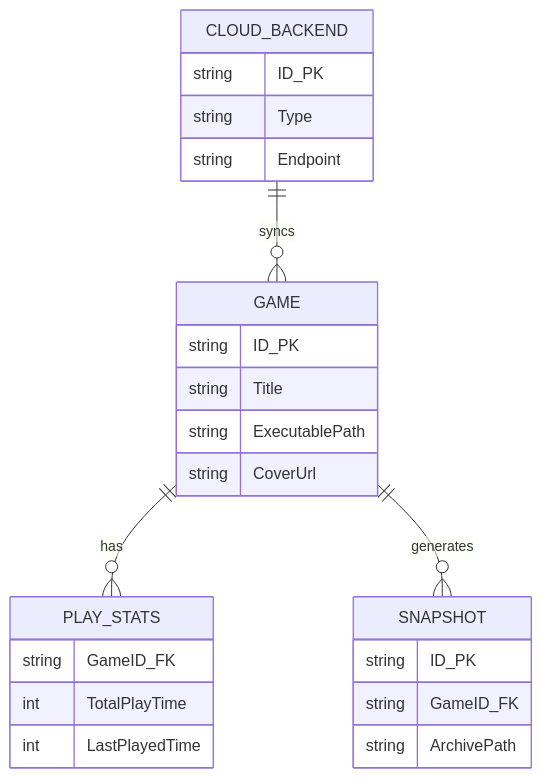
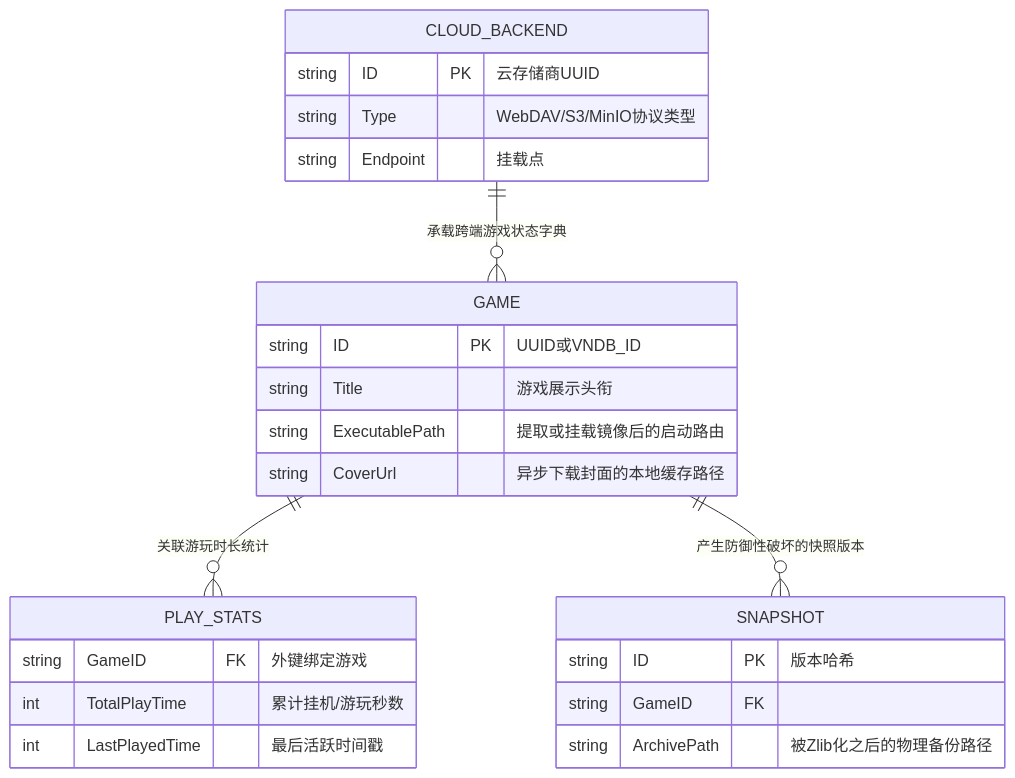
The fifth of 5 diagrams in thesis/chapter4/system_design.md (Roxy-DD/galremote), drawn with Mermaid before and after one commit. The commit also changed other lines of this file and 1 other file, not shown here.

Commit message:
docs(thesis): upgrade mermaid syntax for Chapter 4 and enhance Chapter 5 academic formatting

````diff
--- a/thesis/chapter4/system_design.md
+++ b/thesis/chapter4/system_design.md
@@ -165,28 +165,28 @@
 ```mermaid
 erDiagram
     GAME {
-        string ID_PK
-        string Title
-        string ExecutablePath
-        string CoverUrl
+        string ID PK "UUID或VNDB_ID"
+        string Title "游戏展示头衔"
+        string ExecutablePath "提取或挂载镜像后的启动路由"
+        string CoverUrl "异步下载封面的本地缓存路径"
     }
     PLAY_STATS {
-        string GameID_FK
-        int TotalPlayTime
-        int LastPlayedTime
+        string GameID FK "外键绑定游戏"
+        int TotalPlayTime "累计挂机/游玩秒数"
+        int LastPlayedTime "最后活跃时间戳"
     }
     CLOUD_BACKEND {
-        string ID_PK
-        string Type
-        string Endpoint
+        string ID PK "云存储商UUID"
+        string Type "WebDAV/S3/MinIO协议类型"
+        string Endpoint "挂载点"
     }
     SNAPSHOT {
-        string ID_PK
-        string GameID_FK
-        string ArchivePath
+        string ID PK "版本哈希"
+        string GameID FK
+        string ArchivePath "被Zlib化之后的物理备份路径"
     }
 
-    GAME ||--o{ PLAY_STATS : has
-    GAME ||--o{ SNAPSHOT : generates
-    CLOUD_BACKEND ||--o{ GAME : syncs
+    GAME ||--o{ PLAY_STATS : "关联游玩时长统计"
+    GAME ||--o{ SNAPSHOT : "产生防御性破坏的快照版本"
+    CLOUD_BACKEND ||--o{ GAME : "承载跨端游戏状态字典"
 ```
````
